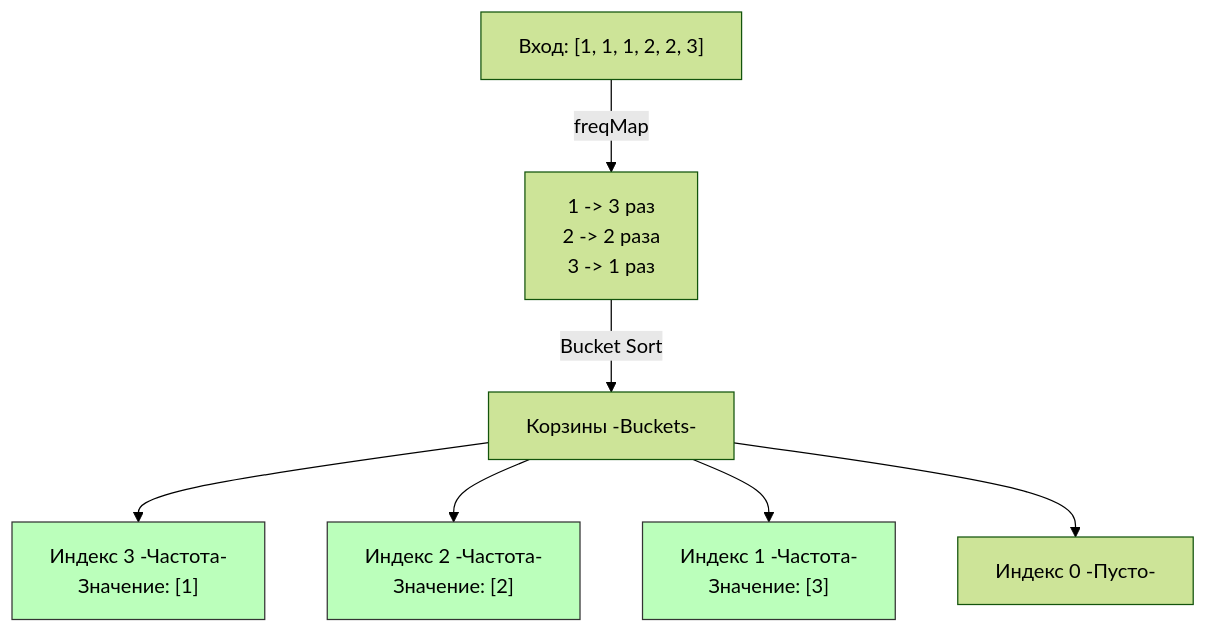
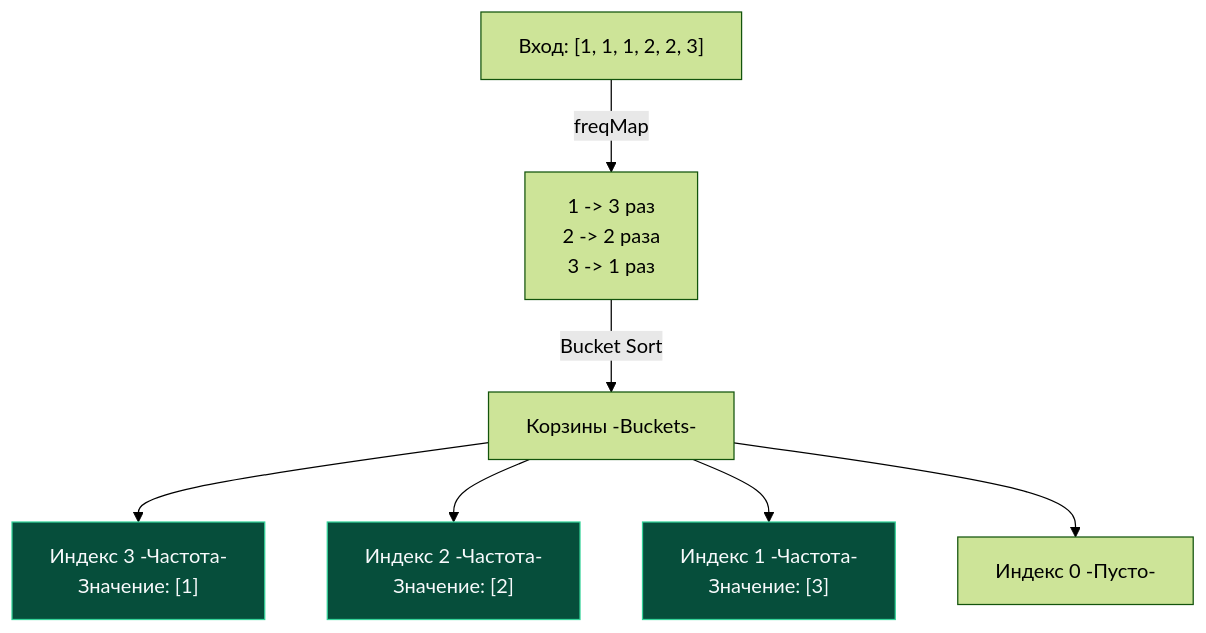
Before and after one commit to UnrealTemplier/go-textbook: the diagram in sources/21. Задачи с LeetCode и собеседований на Go/02. Задачи/16. Кучи и Top K/4. Top K Frequent Elements.md, drawn with Mermaid (forest theme). The commit also changed 310 other files, not shown here.

First line of the commit message:
fix(mermaid): replace light fill colors with dark palette for readability on dark theme

````diff
--- a/sources/21. Задачи с LeetCode и собеседований на Go/02. Задачи/16. Кучи и Top K/4. Top K Frequent Elements.md
+++ b/sources/21. Задачи с LeetCode и собеседований на Go/02. Задачи/16. Кучи и Top K/4. Top K Frequent Elements.md
@@ -110,14 +110,14 @@
 ```mermaid
 graph TD
     A["Вход: [1, 1, 1, 2, 2, 3]"] -->|"freqMap"| B["1 -> 3 раз<br>2 -> 2 раза<br>3 -> 1 раз"]
     B -->|"Bucket Sort"| C["Корзины -Buckets-"]
     
     C --> D["Индекс 3 -Частота-<br>Значение: [1]"]
     C --> E["Индекс 2 -Частота-<br>Значение: [2]"]
     C --> F["Индекс 1 -Частота-<br>Значение: [3]"]
     C --> G["Индекс 0 -Пусто-"]
     
-    style D fill:#bfb,stroke:#333
-    style E fill:#bfb,stroke:#333
-    style F fill:#bfb,stroke:#333
+    style D fill:#064e3b,stroke:#34d399,color:#f8fafc
+    style E fill:#064e3b,stroke:#34d399,color:#f8fafc
+    style F fill:#064e3b,stroke:#34d399,color:#f8fafc
 ```
````
